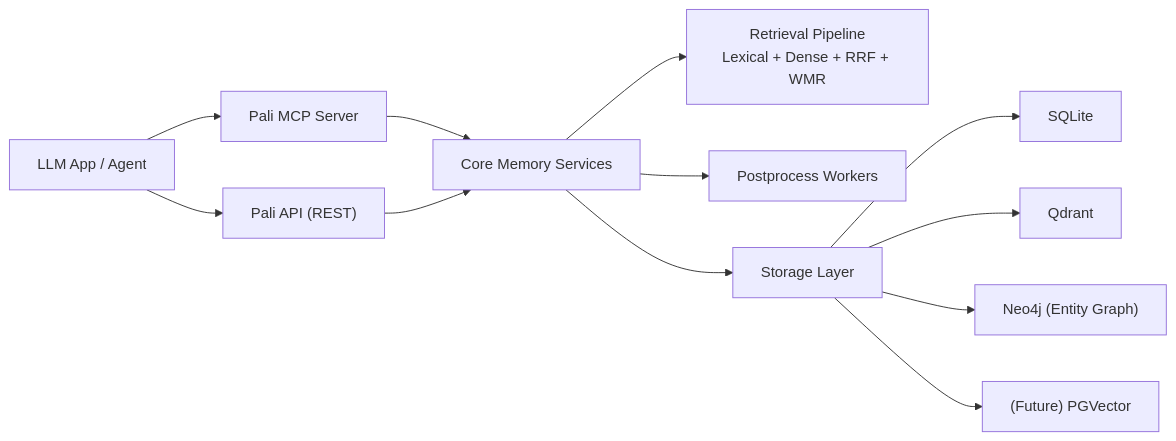
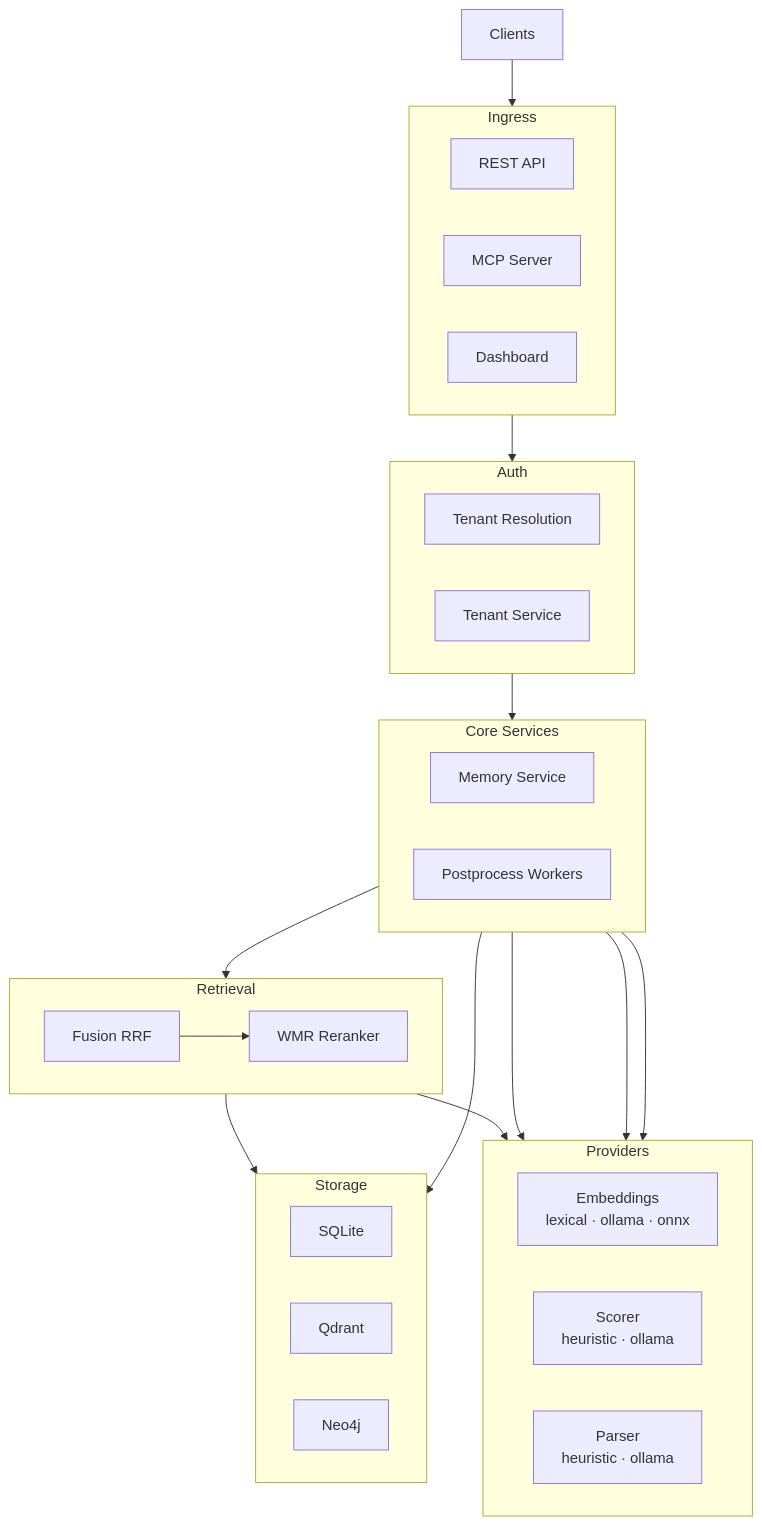
One commit to pali-mem/pali changed the diagram in README.md. Above: the diagram before and after it, drawn with Mermaid. The commit also changed other lines of this file, not shown here.

Commit message:
docs: update README with banner link and enhance architecture diagram

````diff
--- a/README.md
+++ b/README.md
@@ -92,14 +94,44 @@
 ```mermaid
-flowchart LR
-    A["LLM App / Agent"] --> B["Pali API (REST)"]
-    A --> C["Pali MCP Server"]
-    C --> D["Core Memory Services"]
-    B --> D
-    D --> E["Retrieval Pipeline<br/>Lexical + Dense + RRF + WMR"]
-    D --> F["Postprocess Workers"]
-    D --> G["Storage Layer"]
-    G --> H["SQLite"]
-    G --> I["Qdrant"]
-    G --> J["Neo4j (Entity Graph)"]
-    G --> K["(Future) PGVector"]
+flowchart TB
+    C["Clients"]
+
+    subgraph Ingress["Ingress"]
+        direction LR
+        REST["REST API"] & MCP["MCP Server"] & DASH["Dashboard"]
+    end
+
+    subgraph Auth["Auth"]
+        direction LR
+        A["Tenant Resolution"] & T["Tenant Service"]
+    end
+
+    subgraph Core["Core Services"]
+        direction LR
+        MS["Memory Service"] & PP["Postprocess Workers"]
+    end
+
+    subgraph Retrieval["Retrieval"]
+        direction LR
+        RET["Fusion RRF"] --> RERANK["WMR Reranker"]
+    end
+
+    subgraph Providers["Providers"]
+        direction LR
+        EMB["Embeddings\nlexical · ollama · onnx"] & SCORE["Scorer\nheuristic · ollama"] & PARSER["Parser\nheuristic · ollama"]
+    end
+
+    subgraph Storage["Storage"]
+        direction LR
+        SQLITE["SQLite"] & QDRANT["Qdrant"] & NEO4J["Neo4j"]
+    end
+
+    C --> Ingress
+    Ingress --> Auth
+    Auth --> Core
+    Core --> Retrieval
+    Core --> Providers
+    Retrieval --> EMB
+    PP --> PARSER & EMB
+    Core --> Storage
+    Retrieval --> QDRANT
 ```
````
